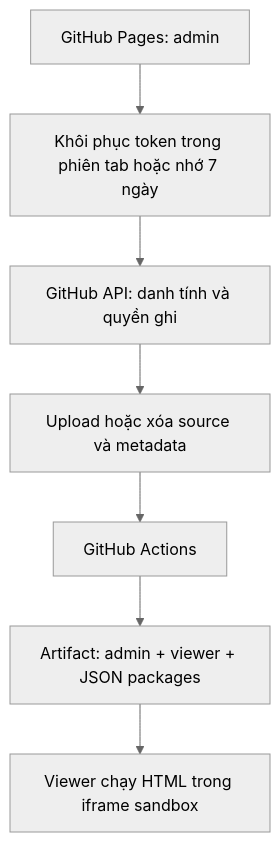
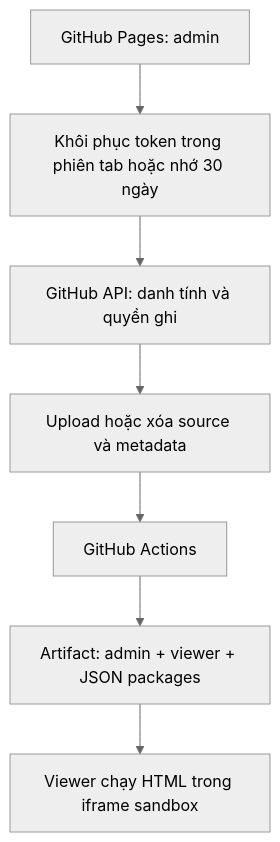
The diagram in README.md (Kintinz/showcase), drawn with Mermaid (neutral theme) before and after one commit. The commit also changed other lines of this file and 7 other files, not shown here.

````diff
--- a/README.md
+++ b/README.md
@@ -48,9 +48,9 @@
 ```mermaid
 flowchart TD
-    A[GitHub Pages: admin] --> B[Khôi phục token trong phiên tab hoặc nhớ 7 ngày]
+    A[GitHub Pages: admin] --> B[Khôi phục token trong phiên tab hoặc nhớ 30 ngày]
     B --> C[GitHub API: danh tính và quyền ghi]
     C --> D[Upload hoặc xóa source và metadata]
     D --> E[GitHub Actions]
     E --> F[Artifact: admin + viewer + JSON packages]
     F --> G[Viewer chạy HTML trong iframe sandbox]
 ```
````
